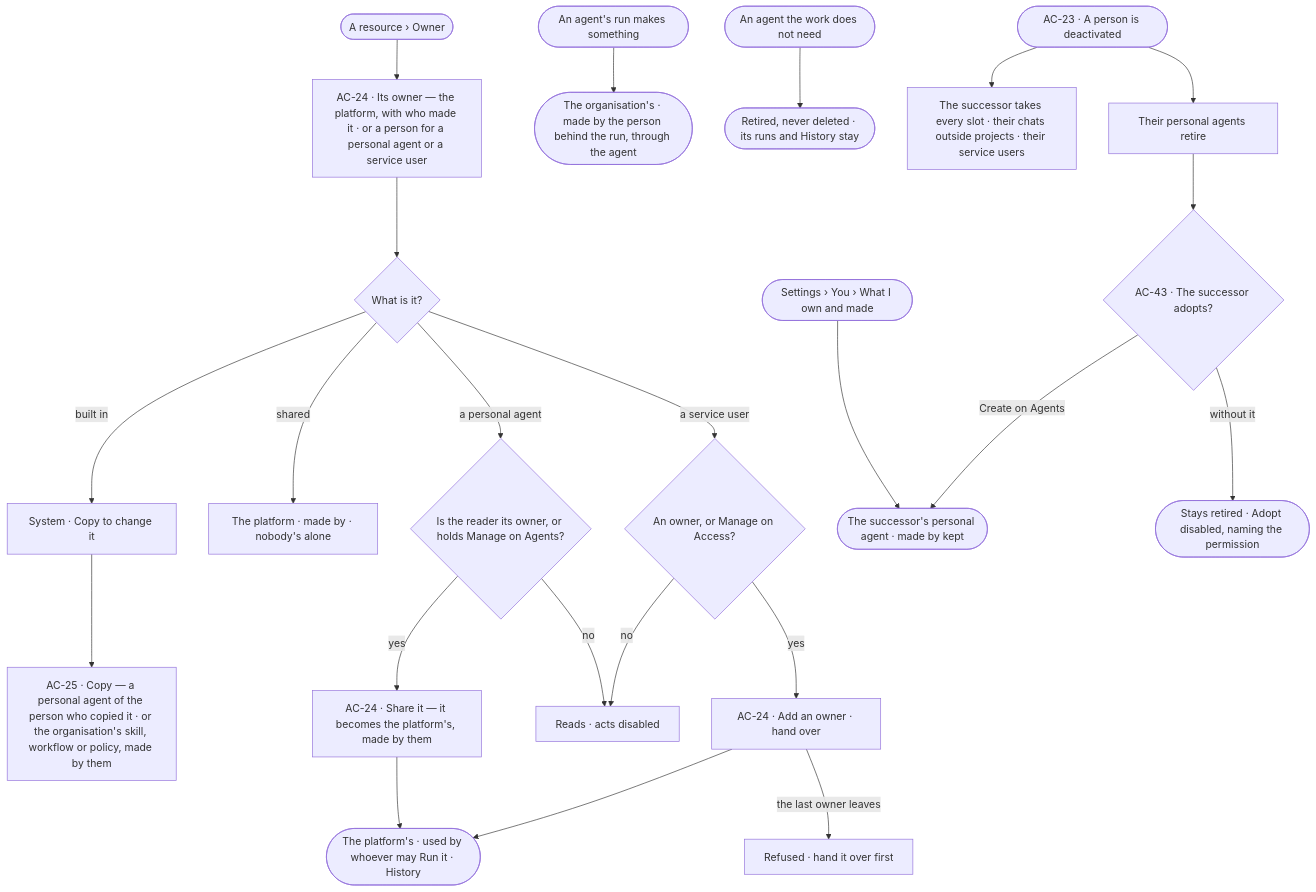
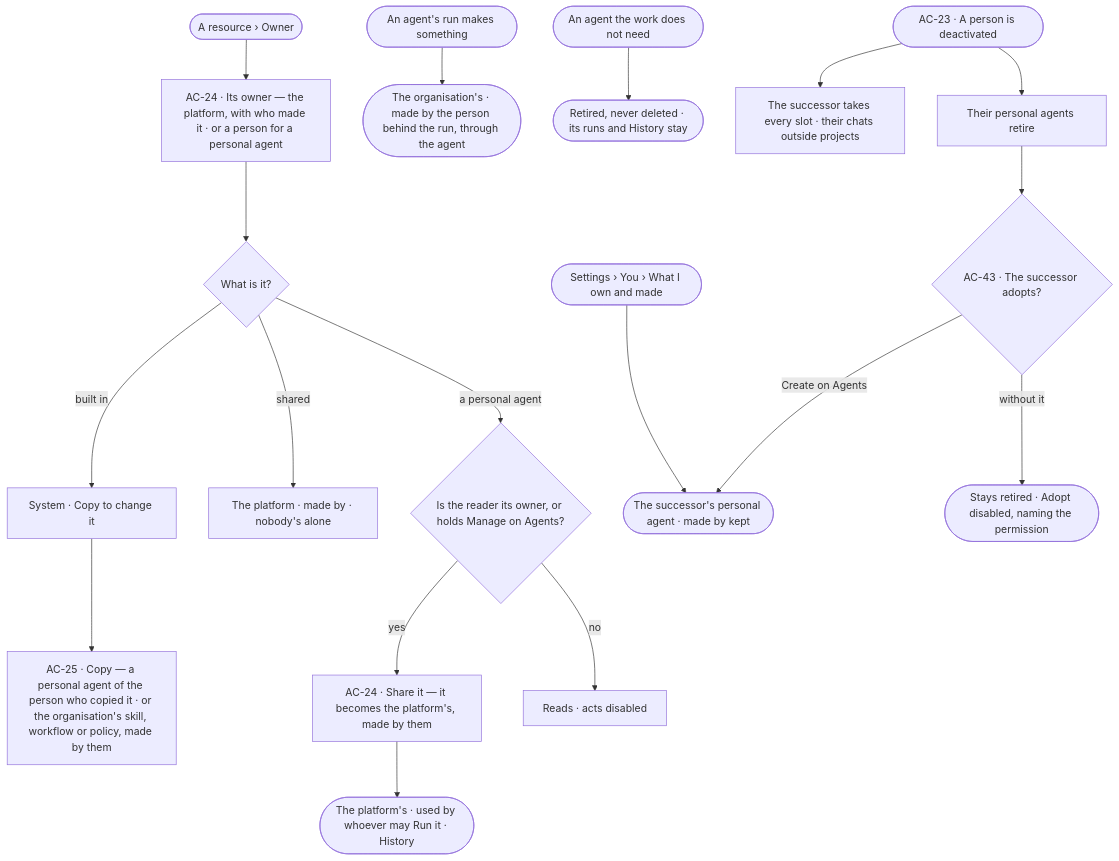
One commit to invana/invana changed the diagram in specs/os/access/features/AC-F07-ownership/feature.md. Above: the diagram before and after it, drawn with Mermaid. The commit also changed other lines of this file and 40 other files, not shown here.

First line of the commit message:
docs(specs): remove service users; keys belong to a person or a project

````diff
--- a/specs/os/access/features/AC-F07-ownership/feature.md
+++ b/specs/os/access/features/AC-F07-ownership/feature.md
@@ -28,25 +28,20 @@
 ```mermaid
 flowchart TD
-  start([A resource › Owner]) --> list["AC-24 · Its owner — the platform, with who made it · or a person for a personal agent or a service user"]
+  start([A resource › Owner]) --> list["AC-24 · Its owner — the platform, with who made it · or a person for a personal agent"]
   list --> kind{"What is it?"}
   kind -->|built in| bi["System · Copy to change it"]
   bi --> copy["AC-25 · Copy — a personal agent of the person who copied it · or the organisation's skill, workflow or policy, made by them"]
   kind -->|shared| sh["The platform · made by · nobody's alone"]
   kind -->|a personal agent| pa{"Is the reader its owner, or holds Manage on Agents?"}
   pa -->|yes| share["AC-24 · Share it — it becomes the platform's, made by them"]
   pa -->|no| ro["Reads · acts disabled"]
-  kind -->|a service user| su{"An owner, or Manage on Access?"}
-  su -->|yes| ho["AC-24 · Add an owner · hand over"]
-  su -->|no| ro
-  ho -->|the last owner leaves| last["Refused · hand it over first"]
   share --> ok(["The platform's · used by whoever may Run it · History"])
-  ho --> ok
-  me([Settings › You › What I own and made]) --> mine["AC-24 · My personal agents · service users I own · what I made · the slots I sit in"]
+  me([Settings › You › What I own and made]) --> mine["AC-24 · My personal agents · what I made · the slots I sit in"]
   run([An agent's run makes something]) --> org(["The organisation's · made by the person behind the run, through the agent"])
   agent([An agent the work does not need]) --> ret(["Retired, never deleted · its runs and History stay"])
-  leave([AC-23 · A person is deactivated]) --> succ["The successor takes every slot · their chats outside projects · their service users"]
+  leave([AC-23 · A person is deactivated]) --> succ["The successor takes every slot · their chats outside projects"]
   leave --> pr["Their personal agents retire"]
   pr --> adopt{"AC-43 · The successor adopts?"}
   adopt -->|Create on Agents| mine(["The successor's personal agent · made by kept"])
   adopt -->|without it| stay(["Stays retired · Adopt disabled, naming the permission"])
 ```
````
